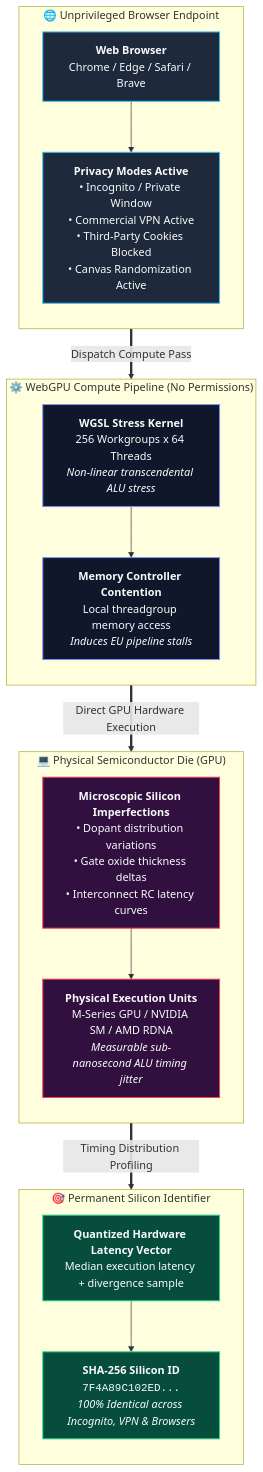
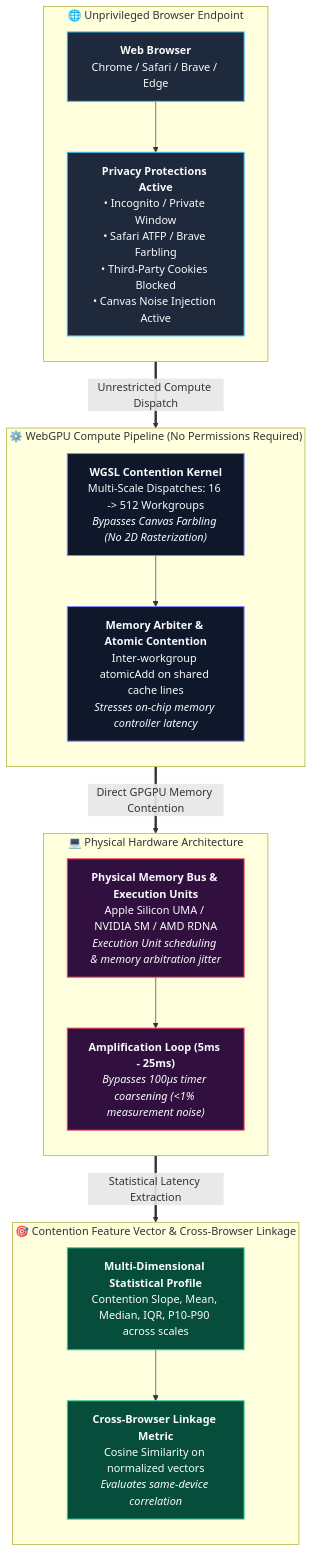
One commit to sapnadfir-blip/silicon-fingerprint changed the diagram in README.md. Above: the diagram before and after it, drawn with Mermaid. The commit also changed other lines of this file and 6 other files, not shown here.

Commit message:
Refactor WebGPU contention profiler: Multi-scale workgroup profiling, empirical defense-bypass matrix, Apple Silicon UMA analysis, and lab pilot harness

````diff
--- a/README.md
+++ b/README.md
@@ -44,44 +47,44 @@
 ```mermaid
 flowchart TD
     subgraph CLIENT[" 🌐 Unprivileged Browser Endpoint "]
         direction TB
-        B1["<b>Web Browser</b><br/>Chrome / Edge / Safari / Brave"]
-        P1["<b>Privacy Modes Active</b><br/>• Incognito / Private Window<br/>• Commercial VPN Active<br/>• Third-Party Cookies Blocked<br/>• Canvas Randomization Active"]
+        B1["<b>Web Browser</b><br/>Chrome / Safari / Brave / Edge"]
+        P1["<b>Privacy Protections Active</b><br/>• Incognito / Private Window<br/>• Safari ATFP / Brave Farbling<br/>• Third-Party Cookies Blocked<br/>• Canvas Noise Injection Active"]
         B1 --> P1
     end
 
-    subgraph WEBGPU[" ⚙️ WebGPU Compute Pipeline (No Permissions) "]
+    subgraph WEBGPU[" ⚙️ WebGPU Compute Pipeline (No Permissions Required) "]
         direction TB
-        W1["<b>WGSL Stress Kernel</b><br/>256 Workgroups x 64 Threads<br/><i>Non-linear transcendental ALU stress</i>"]
-        W2["<b>Memory Controller Contention</b><br/>Local threadgroup memory access<br/><i>Induces EU pipeline stalls</i>"]
+        W1["<b>WGSL Contention Kernel</b><br/>Multi-Scale Dispatches: 16 -> 512 Workgroups<br/><i>Bypasses Canvas Farbling (No 2D Rasterization)</i>"]
+        W2["<b>Memory Arbiter & Atomic Contention</b><br/>Inter-workgroup atomicAdd on shared cache lines<br/><i>Stresses on-chip memory controller latency</i>"]
         W1 --> W2
     end
 
-    subgraph HARDWARE[" 💻 Physical Semiconductor Die (GPU) "]
+    subgraph HARDWARE[" 💻 Physical Hardware Architecture "]
         direction TB
-        H1["<b>Microscopic Silicon Imperfections</b><br/>• Dopant distribution variations<br/>• Gate oxide thickness deltas<br/>• Interconnect RC latency curves"]
-        H2["<b>Physical Execution Units</b><br/>M-Series GPU / NVIDIA SM / AMD RDNA<br/><i>Measurable sub-nanosecond ALU timing jitter</i>"]
+        H1["<b>Physical Memory Bus & Execution Units</b><br/>Apple Silicon UMA / NVIDIA SM / AMD RDNA<br/><i>Execution Unit scheduling & memory arbitration jitter</i>"]
+        H2["<b>Amplification Loop (5ms - 25ms)</b><br/><i>Bypasses 100µs timer coarsening (<1% measurement noise)</i>"]
         H1 --> H2
     end
 
-    subgraph SIGNATURE[" 🎯 Permanent Silicon Identifier "]
+    subgraph SIGNATURE[" 🎯 Contention Feature Vector & Cross-Browser Linkage "]
         direction TB
-        S1["<b>Quantized Hardware Latency Vector</b><br/>Median execution latency + divergence sample"]
-        S2["<b>SHA-256 Silicon ID</b><br/><code>7F4A89C102ED...</code><br/><i>100% Identical across Incognito, VPN & Browsers</i>"]
+        S1["<b>Multi-Dimensional Statistical Profile</b><br/>Contention Slope, Mean, Median, IQR, P10-P90 across scales"]
+        S2["<b>Cross-Browser Linkage Metric</b><br/>Cosine Similarity on normalized vectors<br/><i>Evaluates same-device correlation</i>"]
         S1 --> S2
     end
 
-    P1 ==>|Dispatch Compute Pass| W1
-    W2 ==>|Direct GPU Hardware Execution| H2
-    H2 ==>|Timing Distribution Profiling| S1
+    P1 ==>|Unrestricted Compute Dispatch| W1
+    W2 ==>|Direct GPGPU Memory Contention| H1
+    H2 ==>|Statistical Latency Extraction| S1
 
     classDef cli fill:#1e293b,stroke:#38bdf8,stroke-width:1.5px,color:#f8fafc;
     classDef wgpu fill:#0f172a,stroke:#818cf8,stroke-width:1.5px,color:#f8fafc;
     classDef hw fill:#31103f,stroke:#f43f5e,stroke-width:1.5px,color:#f8fafc;
     classDef sig fill:#064e3b,stroke:#34d399,stroke-width:1.5px,color:#f8fafc;
 
     class B1,P1 cli;
     class W1,W2 wgpu;
     class H1,H2 hw;
     class S1,S2 sig;
 ```
````
